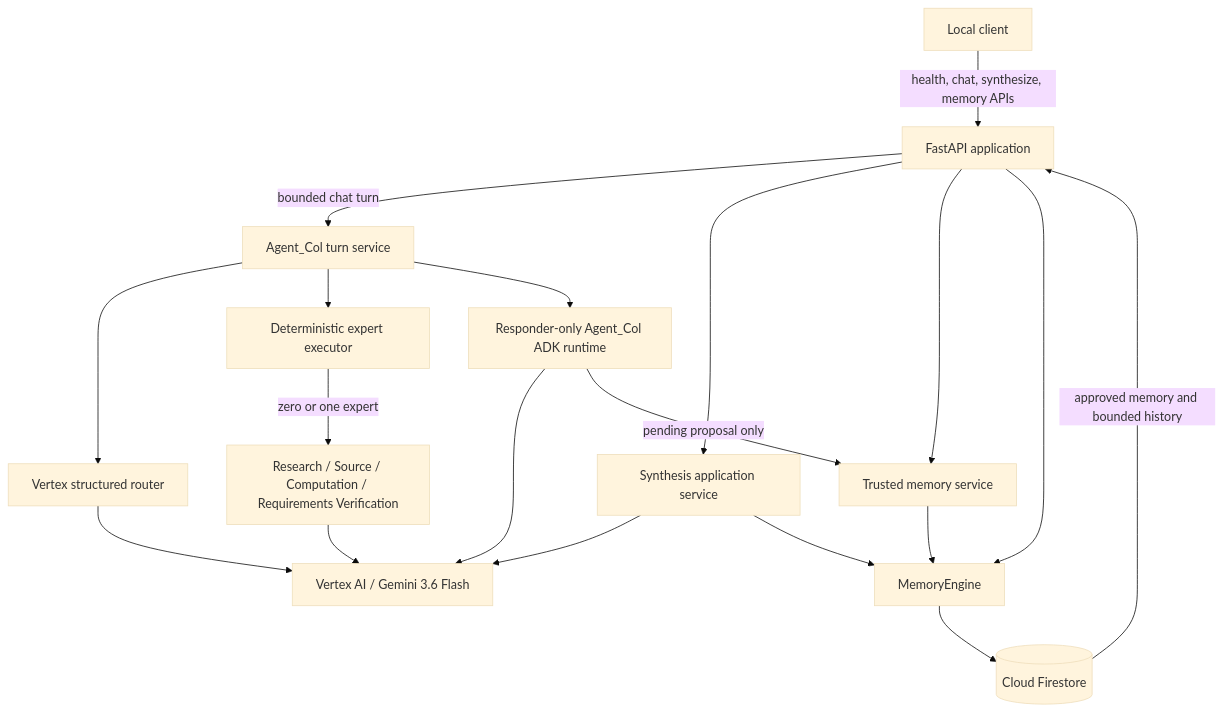
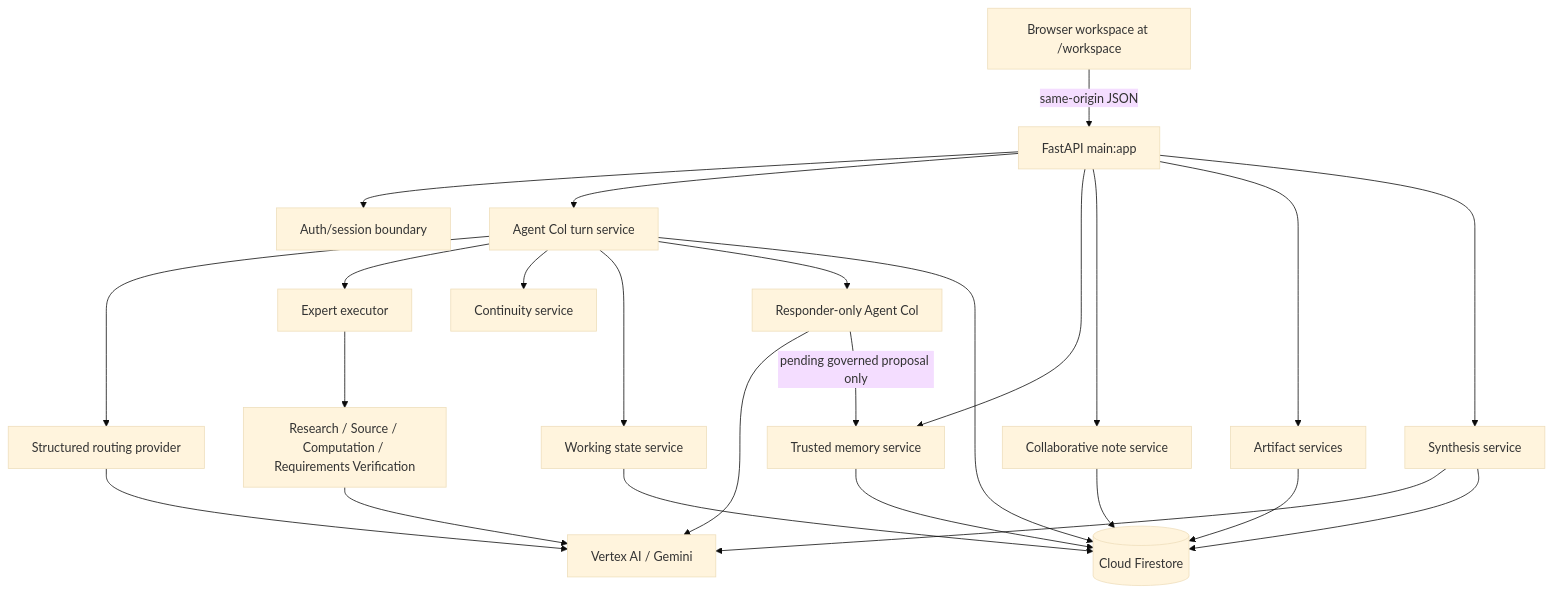
Before and after one commit to knightsky-cpu/col-workspace: the diagram in docs/architecture.md, drawn with Mermaid (base theme). The commit also changed other lines of this file and 16 other files, not shown here.

Commit message:
Reconcile Agent Col documentation state

````diff
--- a/docs/architecture.md
+++ b/docs/architecture.md
@@ -10,34 +18,44 @@
 ```mermaid
 flowchart TD
-    client[Local client]
-    api[FastAPI application]
-    turn[Agent_Col turn service]
-    router[Vertex structured router]
-    executor[Deterministic expert executor]
+    browser[Browser workspace at /workspace]
+    api[FastAPI main:app]
+    auth[Auth/session boundary]
+    turn[Agent Col turn service]
+    router[Structured routing provider]
+    executor[Expert executor]
     experts[Research / Source / Computation / Requirements Verification]
-    responder[Responder-only Agent_Col ADK runtime]
-    synthesis[Synthesis application service]
-    memory_service[Trusted memory service]
-    genai[Vertex AI / Gemini 3.6 Flash]
-    engine[MemoryEngine]
+    responder[Responder-only Agent Col]
+    memory[Trusted memory service]
+    notes[Collaborative note service]
+    continuity[Continuity service]
+    working[Working state service]
+    artifacts[Artifact services]
+    synthesis[Synthesis service]
+    genai[Vertex AI / Gemini]
     firestore[(Cloud Firestore)]
 
-    client -->|health, chat, synthesize, memory APIs| api
-    api -->|bounded chat turn| turn
+    browser -->|same-origin JSON| api
+    api --> auth
+    api --> turn
     turn --> router
     router --> genai
     turn --> executor
-    executor -->|zero or one expert| experts
+    executor --> experts
     experts --> genai
+    turn --> continuity
+    turn --> working
     turn --> responder
     responder --> genai
-    responder -->|pending proposal only| memory_service
+    responder -->|pending governed proposal only| memory
+    api --> memory
+    api --> notes
+    api --> artifacts
     api --> synthesis
     synthesis --> genai
-    api --> memory_service
-    api --> engine
-    synthesis --> engine
-    memory_service --> engine
-    engine --> firestore
-    firestore -->|approved memory and bounded history| api
+    memory --> firestore
+    notes --> firestore
+    working --> firestore
+    artifacts --> firestore
+    synthesis --> firestore
+    turn --> firestore
 ```
````
